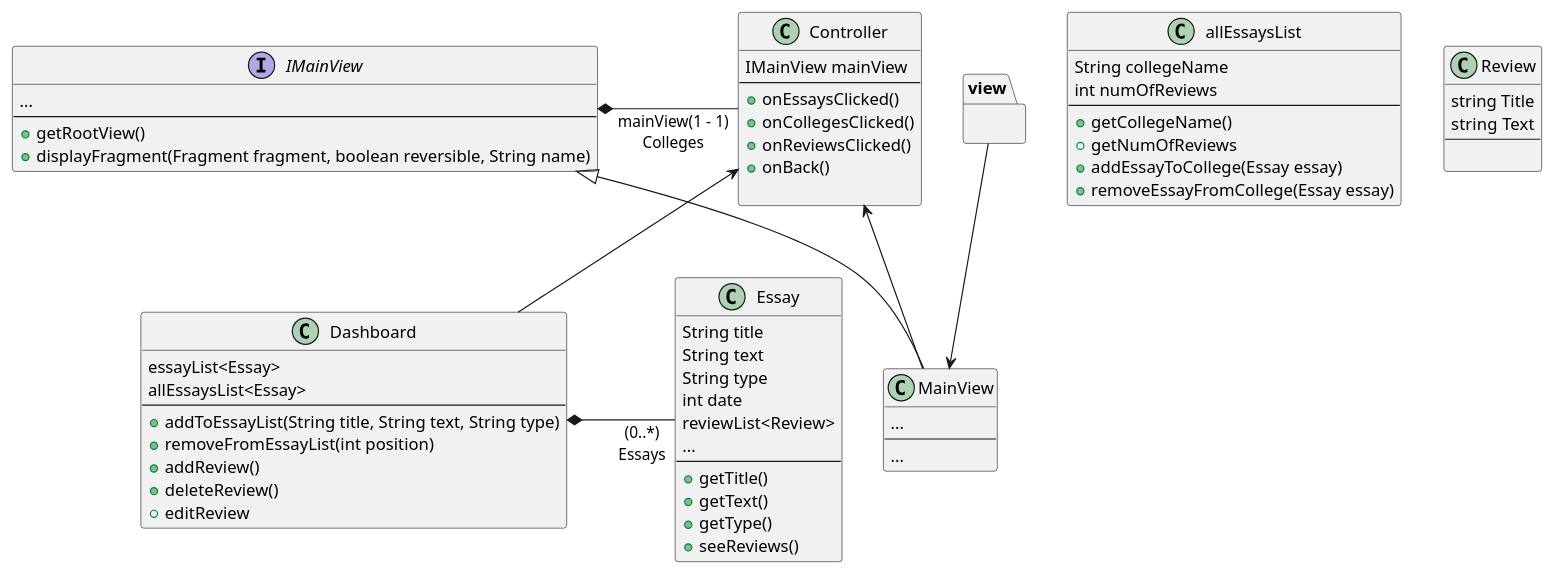
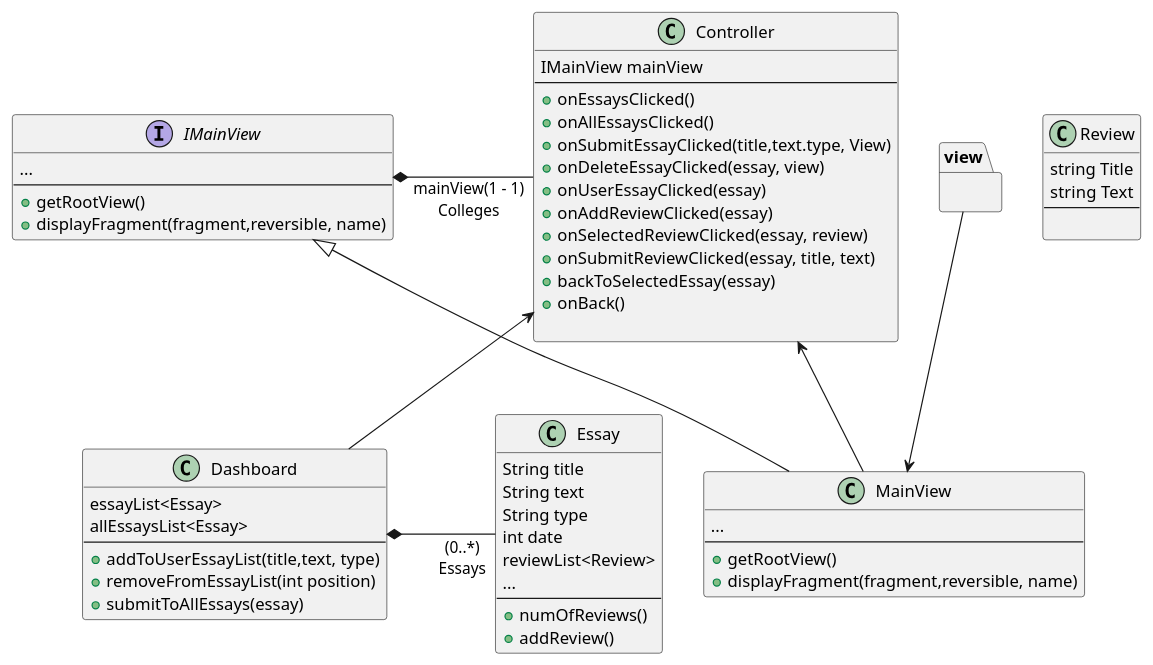
The fourth of 5 diagrams in intellij/doc/design.md (jlederer33/Essay-Review-App), drawn with PlantUML before and after one commit.

Commit message:
Changed the class diagram

````diff
--- a/intellij/doc/design.md
+++ b/intellij/doc/design.md
@@ -49,83 +49,77 @@
 ```plantuml
 
 class Essay{
 String title
 String text
 String type
 int date
 reviewList<Review>
 ...
 --
-+getTitle()
-+getText()
-+getType()
-+seeReviews()
++numOfReviews()
++addReview()
 }
 
 
 class Dashboard{
 essayList<Essay>
 allEssaysList<Essay>
 --
-+addToEssayList(String title, String text, String type)
++addToUserEssayList(title,text, type)
 +removeFromEssayList(int position)
-+addReview()
-+deleteReview()
-+editReview
++submitToAllEssays(essay)
 }
 
 class Controller{
 IMainView mainView
 --
 +onEssaysClicked()
-+onCollegesClicked()
-+onReviewsClicked()
++onAllEssaysClicked()
++onSubmitEssayClicked(title,text.type, View)
++onDeleteEssayClicked(essay, view)
++onUserEssayClicked(essay)
++onAddReviewClicked(essay) 
++onSelectedReviewClicked(essay, review)
++onSubmitReviewClicked(essay, title, text)
++backToSelectedEssay(essay)
 +onBack()
 
-}
-class allEssaysList{
-String collegeName
-int numOfReviews
---
-+getCollegeName()
-+getNumOfReviews
-+addEssayToCollege(Essay essay)
-+removeEssayFromCollege(Essay essay)
 }
 
 class Review{
 string Title
 string Text
 --
 
 }
 
 Interface IMainView{
 ...
 --
 +getRootView()
-+displayFragment(Fragment fragment, boolean reversible, String name)
++displayFragment(fragment,reversible, name)
 }
 
 Class MainView{
 ...
 --
-...
++getRootView()
++displayFragment(fragment,reversible, name)
 }
 
 
 
 package "view" as View{
 }
 
 
 Controller <-- MainView
 View --> MainView
 IMainView <|-- MainView
 Controller <-- Dashboard
 
 Dashboard *- "(0..*)\nEssays" Essay: \t\t
 IMainView *- "mainView(1 - 1)\nColleges" Controller : \t\t\t
 
 
 ```
````
